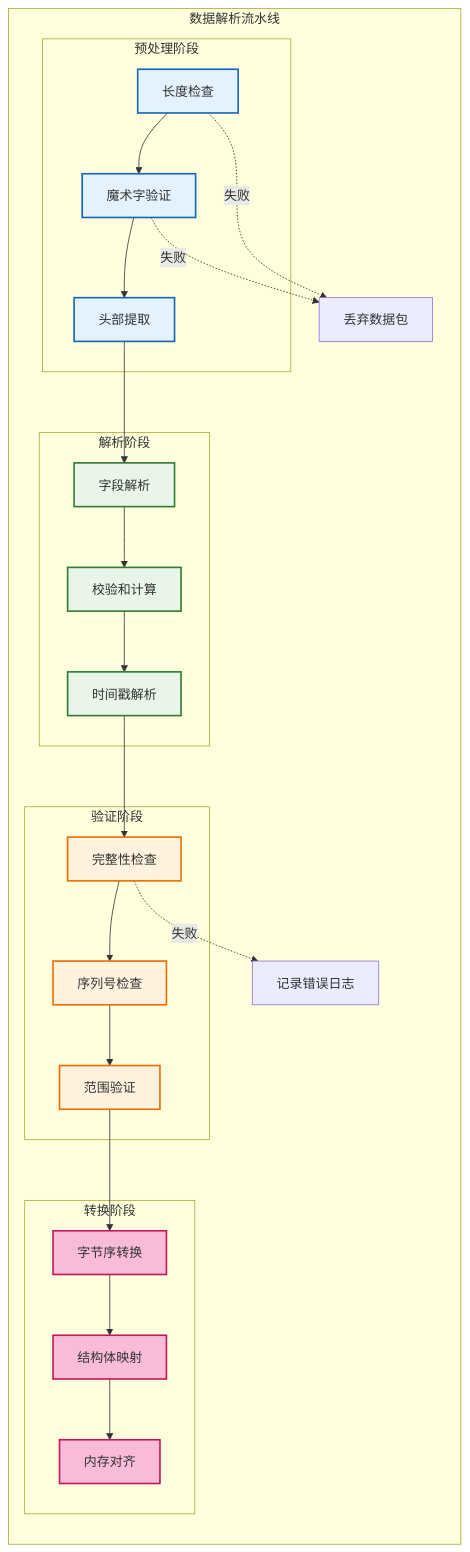
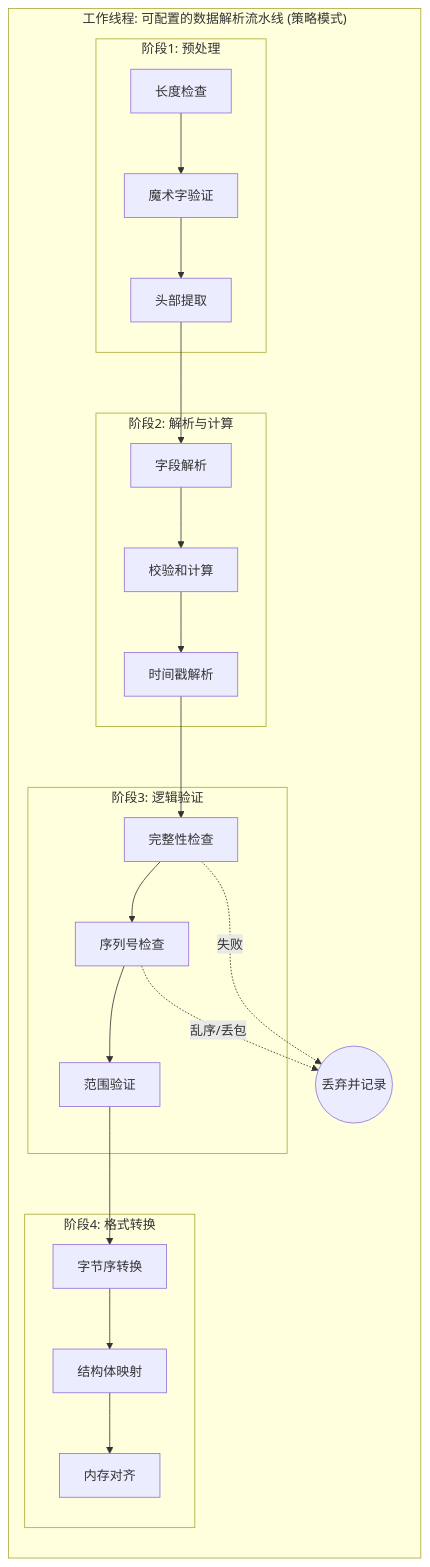
The sixth of 10 diagrams in docs/01_项目设计/02_模块设计/01_数据接收模块设计.md (wendizhou99-cell/Radar), drawn with Mermaid before and after one commit. The commit also changed other lines of this file and 7 other files, not shown here.

````diff
--- a/docs/01_项目设计/02_模块设计/01_数据接收模块设计.md
+++ b/docs/01_项目设计/02_模块设计/01_数据接收模块设计.md
@@ -302,58 +349,25 @@
 ```mermaid
 flowchart TB
-    subgraph "数据解析流水线"
+    subgraph "工作线程: 可配置的数据解析流水线 (策略模式)"
         direction TB
 
-        subgraph "预处理阶段"
-            LENGTH_CHECK[长度检查]
-            MAGIC_VERIFY[魔术字验证]
-            HEADER_EXTRACT[头部提取]
+        subgraph "阶段1: 预处理"
+            A[长度检查] --> B[魔术字验证] --> C[头部提取]
         end
 
-        subgraph "解析阶段"
-            FIELD_PARSE[字段解析]
-            CHECKSUM_CALC[校验和计算]
-            TIMESTAMP_PARSE[时间戳解析]
+        subgraph "阶段2: 解析与计算"
+            C --> D[字段解析] --> E[校验和计算] --> F[时间戳解析]
         end
 
-        subgraph "验证阶段"
-            INTEGRITY_CHECK[完整性检查]
-            SEQUENCE_CHECK[序列号检查]
-            RANGE_VALIDATE[范围验证]
+        subgraph "阶段3: 逻辑验证"
+            F --> G[完整性检查] --> H[序列号检查] --> I[范围验证]
         end
 
-        subgraph "转换阶段"
-            ENDIAN_CONVERT[字节序转换]
-            STRUCT_MAP[结构体映射]
-            ALIGNMENT_FIX[内存对齐]
+        subgraph "阶段4: 格式转换"
+            I --> J[字节序转换] --> K[结构体映射] --> L[内存对齐]
         end
 
-        %% 流水线流程
-        LENGTH_CHECK --> MAGIC_VERIFY
-        MAGIC_VERIFY --> HEADER_EXTRACT
-        HEADER_EXTRACT --> FIELD_PARSE
-        FIELD_PARSE --> CHECKSUM_CALC
-        CHECKSUM_CALC --> TIMESTAMP_PARSE
-        TIMESTAMP_PARSE --> INTEGRITY_CHECK
-        INTEGRITY_CHECK --> SEQUENCE_CHECK
-        SEQUENCE_CHECK --> RANGE_VALIDATE
-        RANGE_VALIDATE --> ENDIAN_CONVERT
-        ENDIAN_CONVERT --> STRUCT_MAP
-        STRUCT_MAP --> ALIGNMENT_FIX
-
-        %% 错误处理
-        LENGTH_CHECK -.->|失败| ERROR_DISCARD[丢弃数据包]
-        MAGIC_VERIFY -.->|失败| ERROR_DISCARD
-        INTEGRITY_CHECK -.->|失败| ERROR_LOG[记录错误日志]
+        G -.-> |失败| M((丢弃并记录))
+        H -.-> |乱序/丢包| M
     end
-
-    classDef preprocess fill:#e3f2fd,stroke:#1565c0,stroke-width:2px
-    classDef parse fill:#e8f5e8,stroke:#2e7d32,stroke-width:2px
-    classDef validate fill:#fff3e0,stroke:#ef6c00,stroke-width:2px
-    classDef convert fill:#f8bbd9,stroke:#c2185b,stroke-width:2px
-
-    class LENGTH_CHECK,MAGIC_VERIFY,HEADER_EXTRACT preprocess
-    class FIELD_PARSE,CHECKSUM_CALC,TIMESTAMP_PARSE parse
-    class INTEGRITY_CHECK,SEQUENCE_CHECK,RANGE_VALIDATE validate
-    class ENDIAN_CONVERT,STRUCT_MAP,ALIGNMENT_FIX convert
 ```
````
